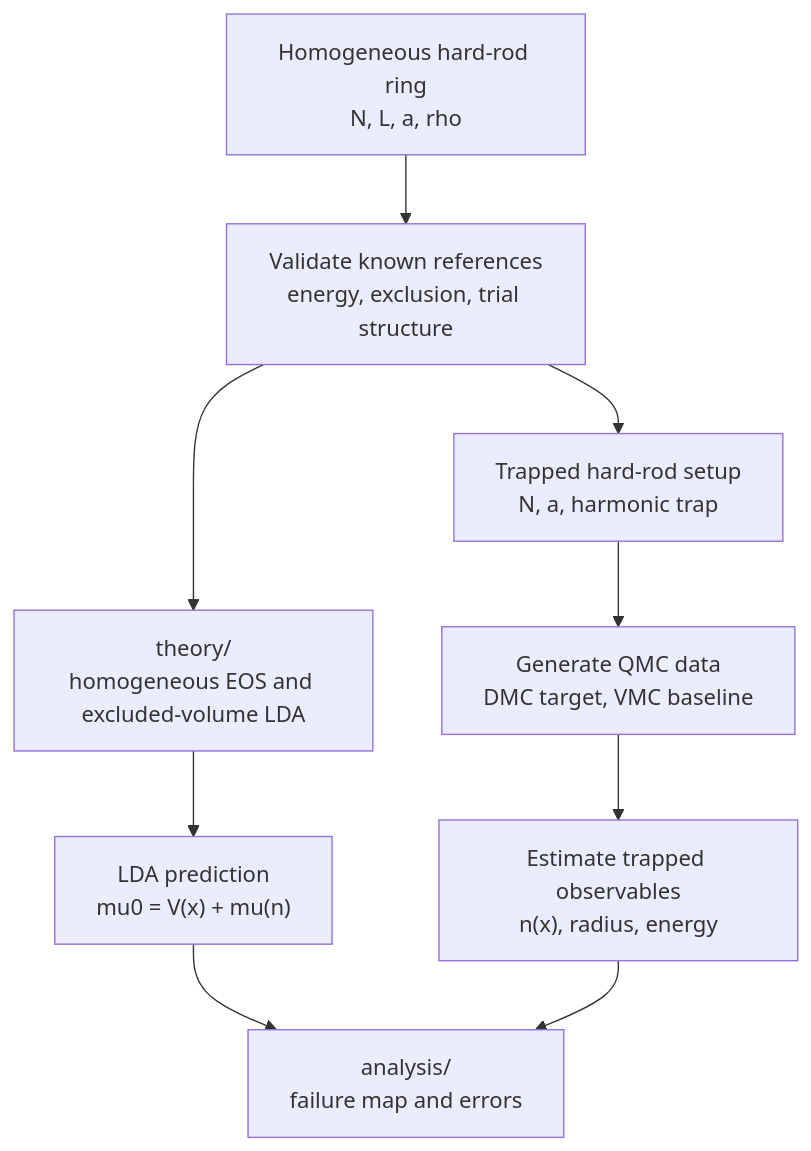
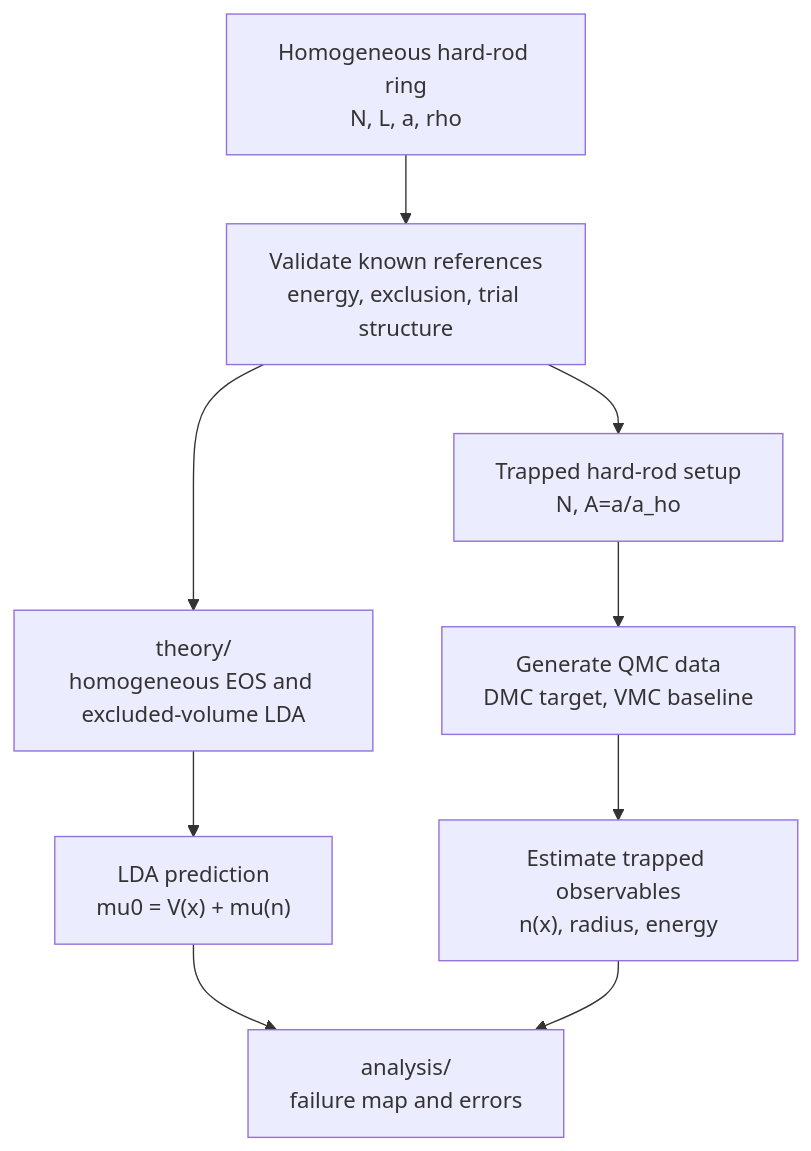
Before and after one commit to upcbatu/hardrod-qmc: the diagram in docs/02_HIGH_LEVEL_WORKFLOW.md, drawn with Mermaid. The commit also changed other lines of this file and 12 other files, not shown here.

````diff
--- a/docs/02_HIGH_LEVEL_WORKFLOW.md
+++ b/docs/02_HIGH_LEVEL_WORKFLOW.md
@@ -13,11 +13,11 @@
 ```mermaid
 flowchart TD
     A["Homogeneous hard-rod ring<br/>N, L, a, rho"] --> B["Validate known references<br/>energy, exclusion, trial structure"]
-    B --> C["Trapped hard-rod setup<br/>N, a, harmonic trap"]
+    B --> C["Trapped hard-rod setup<br/>N, A=a/a_ho"]
     C --> D["Generate QMC data<br/>DMC target, VMC baseline"]
     D --> E["Estimate trapped observables<br/>n(x), radius, energy"]
     B --> F["theory/<br/>homogeneous EOS and excluded-volume LDA"]
     F --> G["LDA prediction<br/>mu0 = V(x) + mu(n)"]
     G --> H["analysis/<br/>failure map and errors"]
     E --> H
 ```
````
